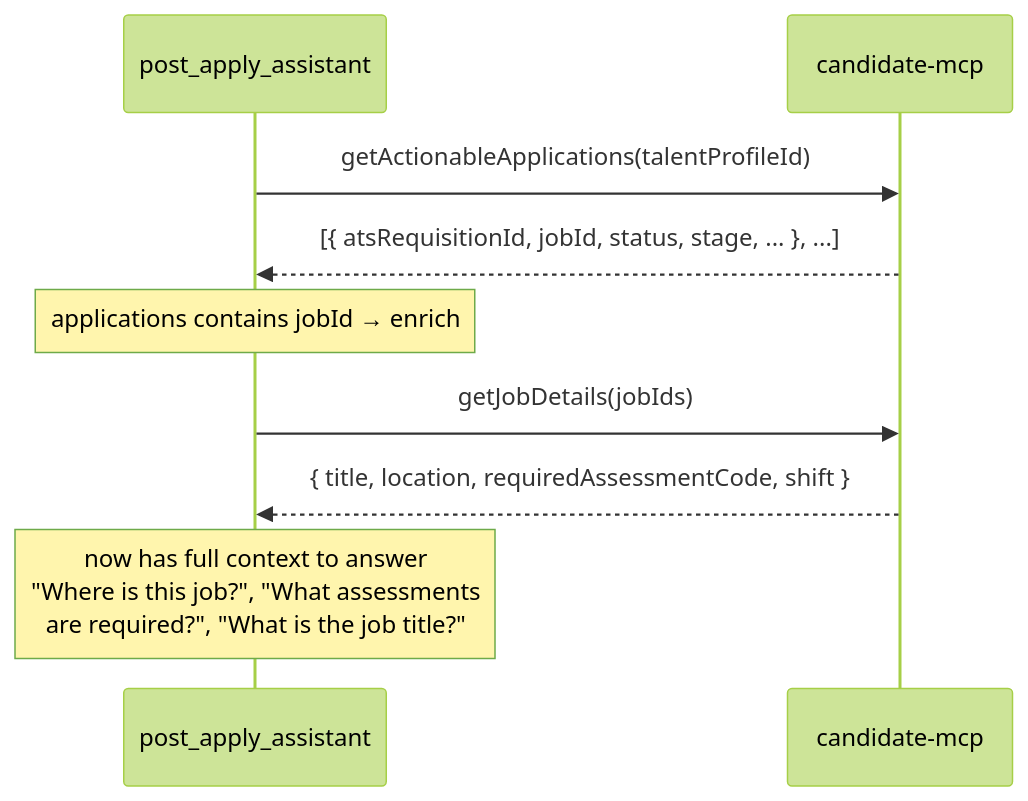
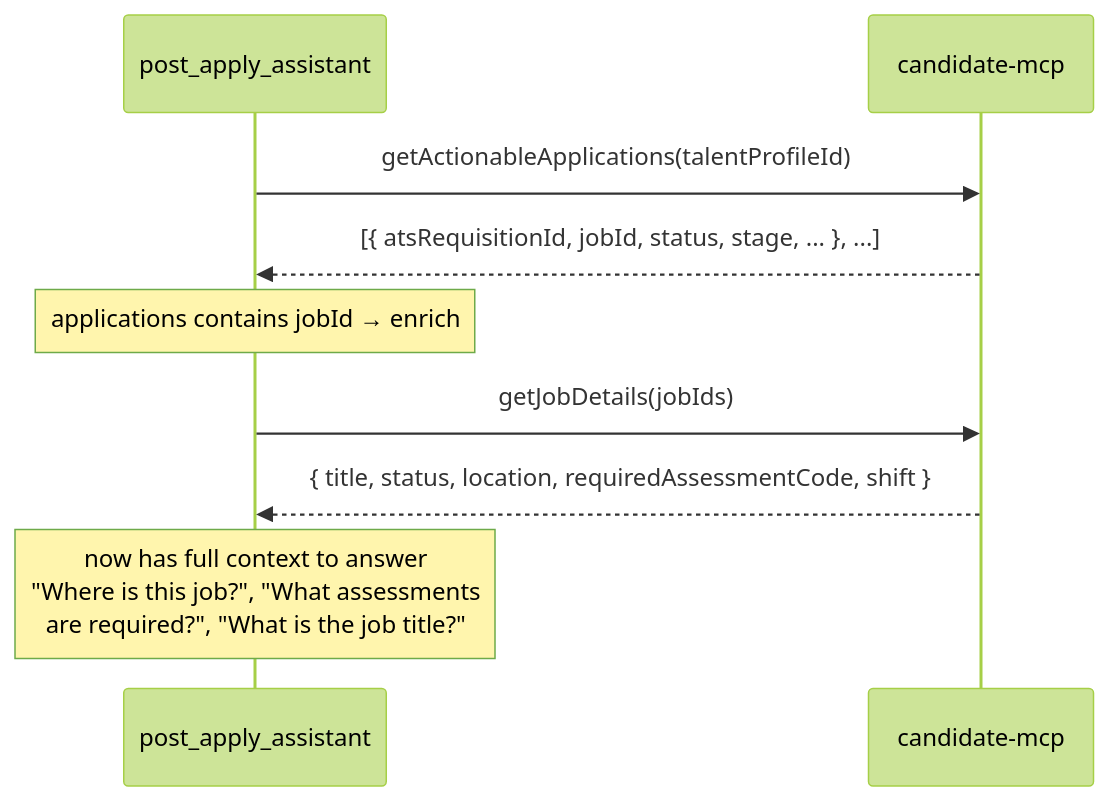
One commit to venkat-raman17/candidate-agent changed the seventh of 32 diagrams in LLD_POST_APPLY_ASSISTANT.md. Above: the diagram before and after it, drawn with Mermaid (forest theme). The commit also changed other lines of this file, not shown here.

````diff
--- a/LLD_POST_APPLY_ASSISTANT.md
+++ b/LLD_POST_APPLY_ASSISTANT.md
@@ -382,15 +382,15 @@
 ```mermaid
 sequenceDiagram
     participant PAA as post_apply_assistant
     participant CMCP as candidate-mcp
 
     PAA->>CMCP: getActionableApplications(talentProfileId)
     CMCP-->>PAA: [{ atsRequisitionId, jobId, status, stage, ... }, ...]
 
     note over PAA: applications contains jobId → enrich
 
     PAA->>CMCP: getJobDetails(jobIds)
-    CMCP-->>PAA: { title, location, requiredAssessmentCode, shift }
+    CMCP-->>PAA: { title, status, location, requiredAssessmentCode, shift }
 
     note over PAA: now has full context to answer<br/>"Where is this job?", "What assessments<br/>are required?", "What is the job title?"
 ```
````
